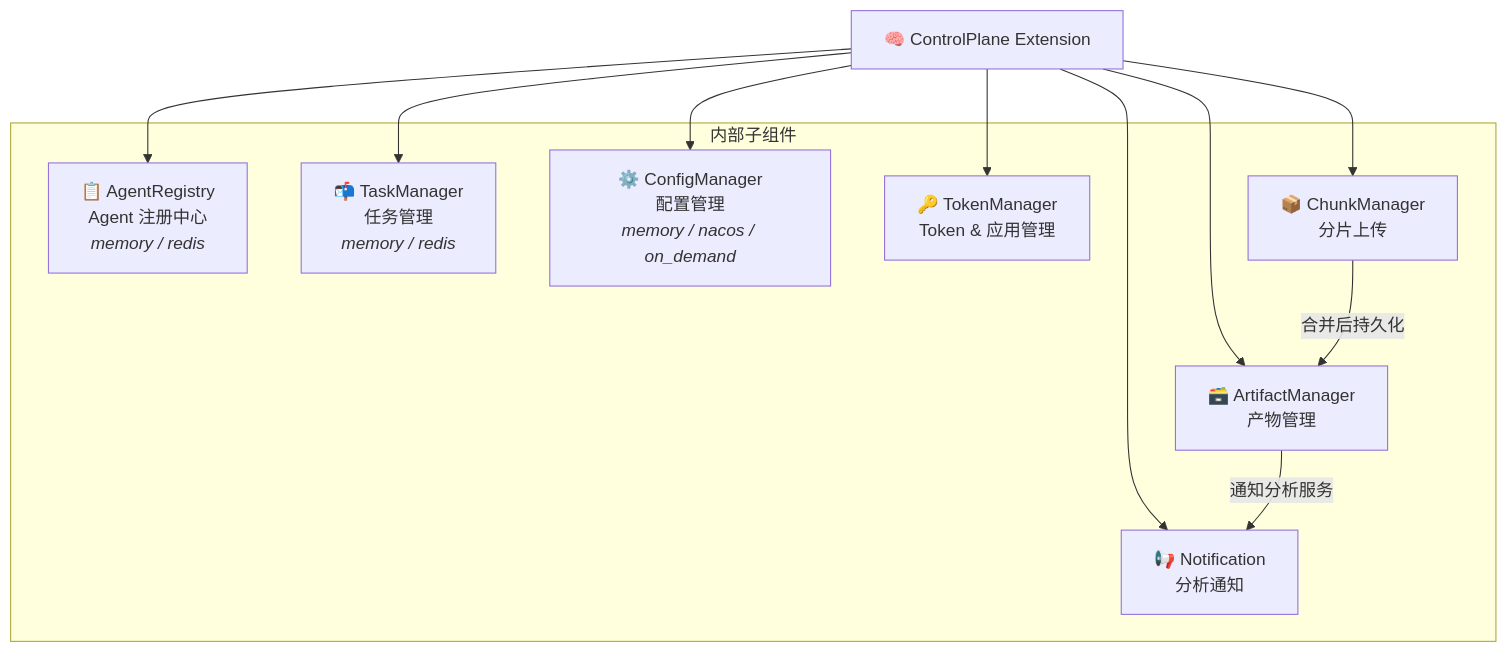
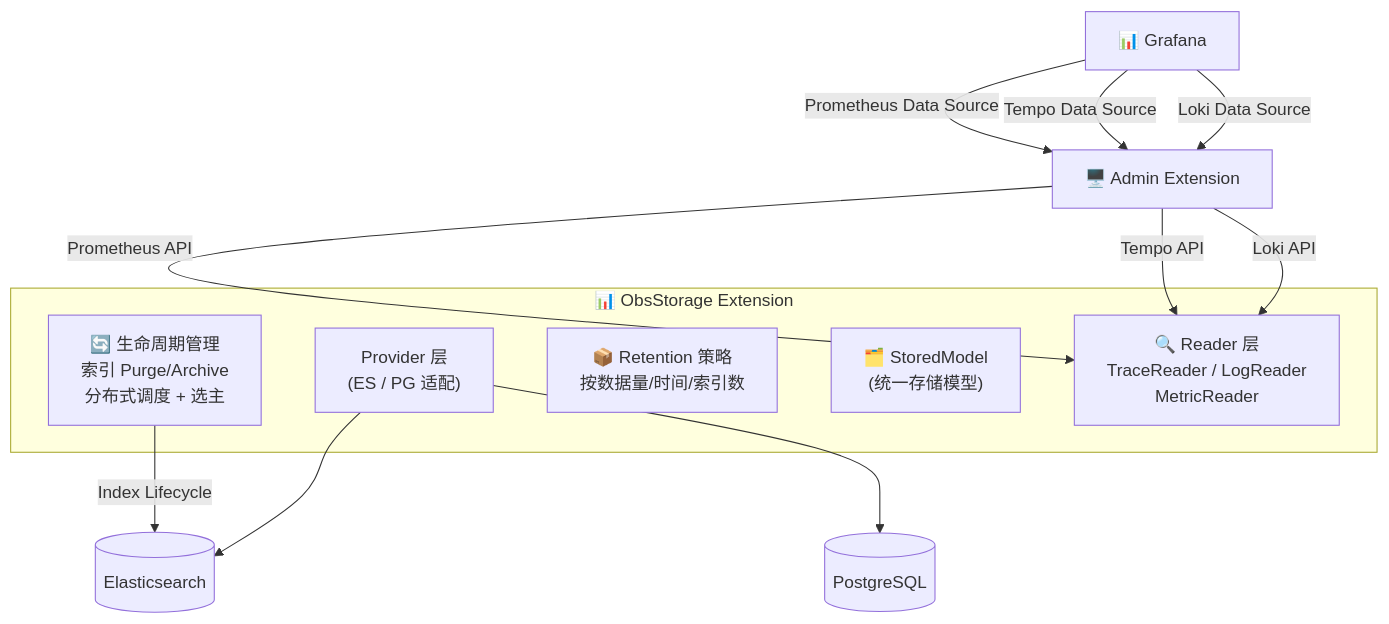
Before and after one commit to junjiewwang/custom-opentelemetry-collector: the third of 11 diagrams in README.md, drawn with Mermaid. The commit also changed other lines of this file, not shown here.

````diff
--- a/README.md
+++ b/README.md
@@ -167,25 +158,23 @@
 ```mermaid
 graph TB
-    CP["🧠 ControlPlane Extension"]
-
-    subgraph Managers["内部子组件"]
-        AR["📋 AgentRegistry<br/>Agent 注册中心<br/><i>memory / redis</i>"]
-        TM["📬 TaskManager<br/>任务管理<br/><i>memory / redis</i>"]
-        CM["⚙️ ConfigManager<br/>配置管理<br/><i>memory / nacos / on_demand</i>"]
-        TK["🔑 TokenManager<br/>Token & 应用管理"]
-        CK["📦 ChunkManager<br/>分片上传"]
-        AM["🗃️ ArtifactManager<br/>产物管理"]
-        NT["📢 Notification<br/>分析通知"]
+    subgraph ObsStorage["📊 ObsStorage Extension"]
+        Provider["Provider 层<br/>(ES / PG 适配)"]
+        Lifecycle["🔄 生命周期管理<br/>索引 Purge/Archive<br/>分布式调度 + 选主"]
+        Retained["📦 Retention 策略<br/>按数据量/时间/索引数"]
+        StoredModel["🗂️ StoredModel<br/>(统一存储模型)"]
+        Readers["🔍 Reader 层<br/>TraceReader / LogReader<br/>MetricReader"]
     end
 
-    CP --> AR
-    CP --> TM
-    CP --> CM
-    CP --> TK
-    CP --> CK
-    CP --> AM
-    CP --> NT
+    Grafana["📊 Grafana"]
+    Admin["🖥️ Admin Extension"]
 
-    CK -->|"合并后持久化"| AM
-    AM -->|"通知分析服务"| NT
+    Admin -->|"Loki API"| Readers
+    Admin -->|"Tempo API"| Readers
+    Admin -->|"Prometheus API"| Readers
+    Grafana -->|"Loki Data Source"| Admin
+    Grafana -->|"Tempo Data Source"| Admin
+    Grafana -->|"Prometheus Data Source"| Admin
+    Provider --> ES[("Elasticsearch")]
+    Provider --> PG[("PostgreSQL")]
+    Lifecycle -->|"Index Lifecycle"| ES
 ```
````
